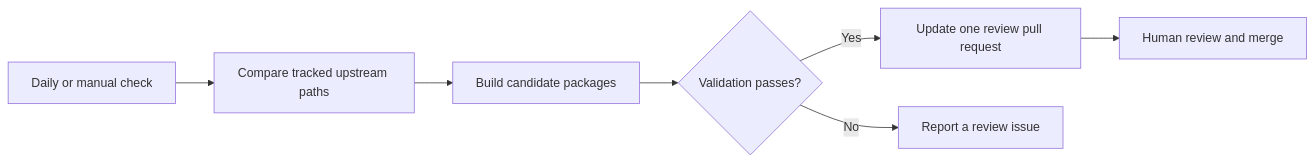
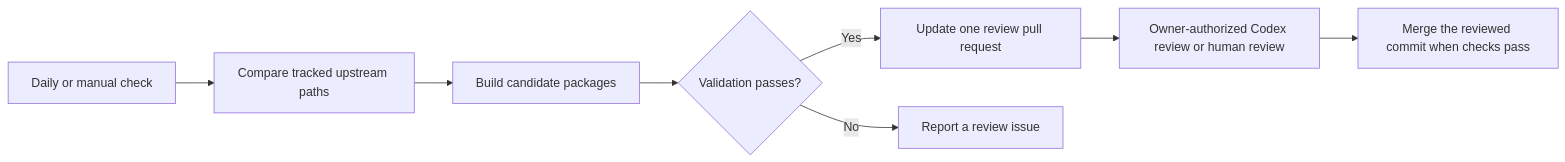
The third of 3 diagrams in README.md (Lutra-Fs/nowledge-mem-personal), drawn with Mermaid before and after one commit. The commit also changed other lines of this file and 2 other files, not shown here.

Commit message:
Support Codex review decisions and private cloud updates

````diff
--- a/README.md
+++ b/README.md
@@ -111,9 +122,10 @@
 ```mermaid
 flowchart LR
   S[Daily or manual check] --> D[Compare tracked upstream paths]
   D --> B[Build candidate packages]
   B --> V{Validation passes?}
   V -->|Yes| P[Update one review pull request]
   V -->|No| I[Report a review issue]
-  P --> H[Human review and merge]
+  P --> H[Owner-authorized Codex review or human review]
+  H --> M[Merge the reviewed commit when checks pass]
 ```
````
